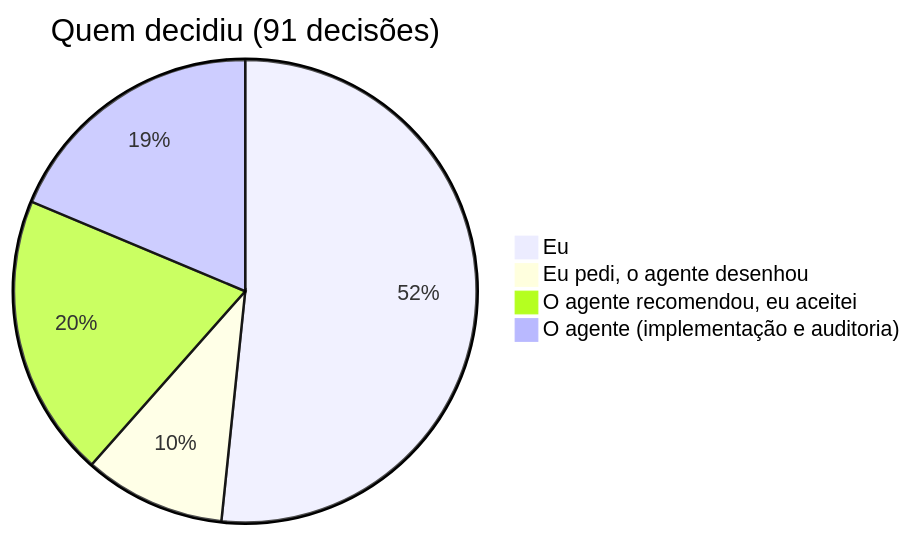
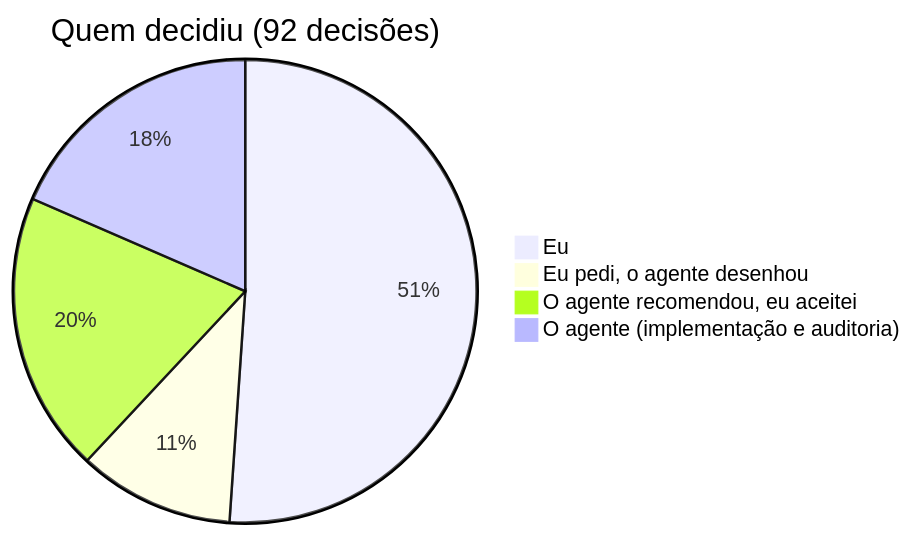
The sixth of 6 diagrams in README.md (micaelcf/parcela-mais-case), drawn with Mermaid before and after one commit. The commit also changed other lines of this file and 7 other files, not shown here.

````diff
--- a/README.md
+++ b/README.md
@@ -178,7 +178,7 @@
 ```mermaid
-pie title Quem decidiu (91 decisões)
+pie title Quem decidiu (92 decisões)
     "Eu" : 47
-    "Eu pedi, o agente desenhou" : 9
+    "Eu pedi, o agente desenhou" : 10
     "O agente recomendou, eu aceitei" : 18
     "O agente (implementação e auditoria)" : 17
 ```
````
